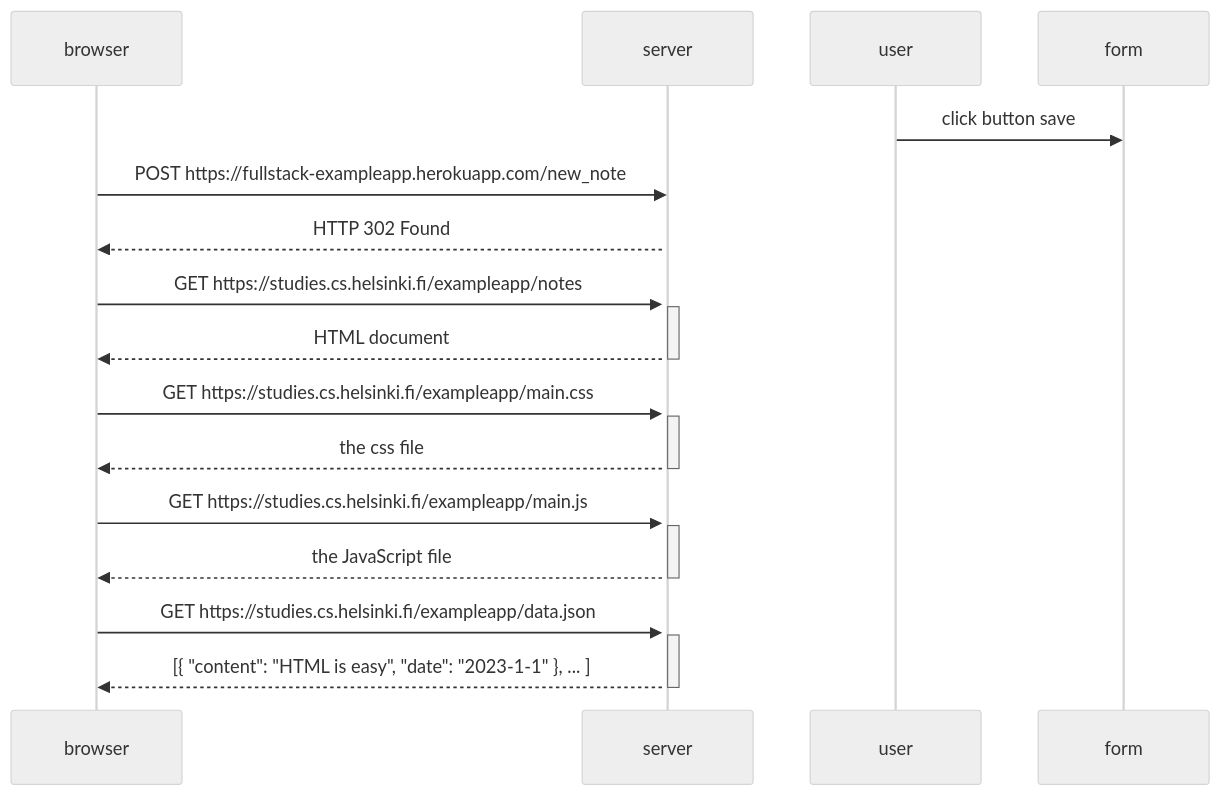
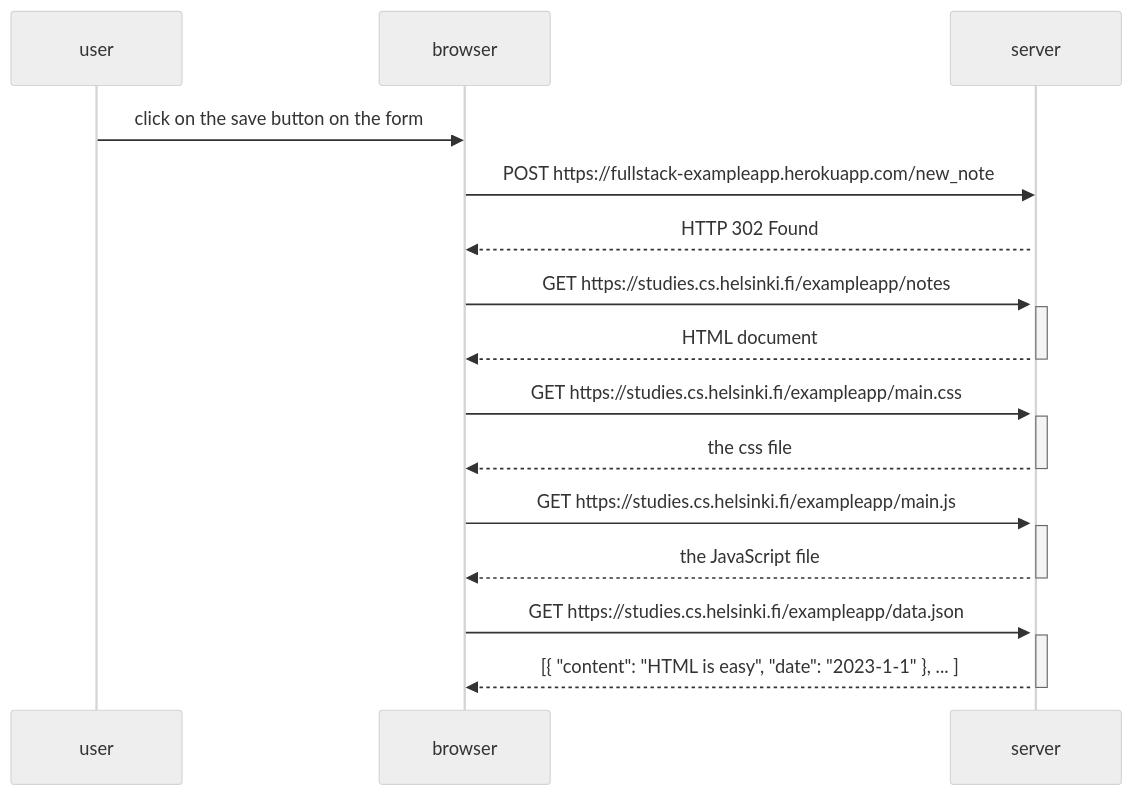
The diagram in part0/exercise4.md (bess10/fullstackopen), drawn with Mermaid (neutral theme) before and after one commit.

````diff
--- a/part0/exercise4.md
+++ b/part0/exercise4.md
@@ -1,28 +1,29 @@
 ```mermaid
 sequenceDiagram
+participant user
 participant browser
 participant server
-participant user
 
-user->>form: click button save
+
+user->>browser: click on the save button on the form
 browser->>server: POST https://fullstack-exampleapp.herokuapp.com/new_note
 activate server
 server-->>browser: HTTP 302 Found
 browser->>server: GET https://studies.cs.helsinki.fi/exampleapp/notes
   activate server
   server-->>browser: HTML document
   deactivate server
 
 browser->>server: GET https://studies.cs.helsinki.fi/exampleapp/main.css
   activate server
   server-->>browser: the css file
   deactivate server
 browser->>server: GET https://studies.cs.helsinki.fi/exampleapp/main.js
   activate server
   server-->>browser: the JavaScript file
   deactivate server
 browser->>server: GET https://studies.cs.helsinki.fi/exampleapp/data.json
   activate server
   server-->>browser: [{ "content": "HTML is easy", "date": "2023-1-1" }, ... ]
   deactivate server
 ```
````
